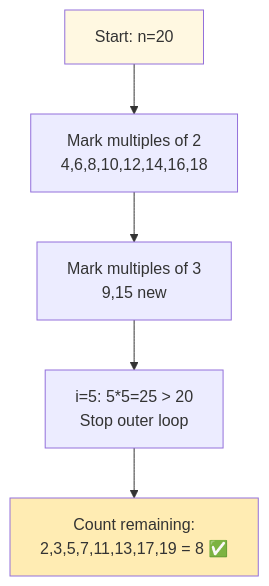
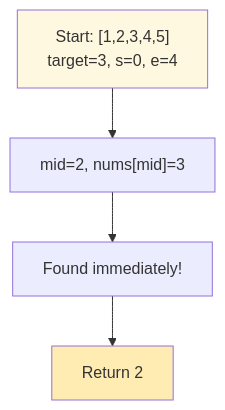
One commit to LuckyLongre123/README_RUNNER changed the fifth of 13 diagrams in README.md. Above: the diagram before and after it, drawn with Mermaid. The commit also changed other lines of this file, not shown here.

````diff
--- a/README.md
+++ b/README.md
@@ -136,10 +138,9 @@
 ```mermaid
 flowchart TD
-    A[Start: n=20] --> B[Mark multiples of 2<br/>4,6,8,10,12,14,16,18]
-    B --> C[Mark multiples of 3<br/>9,15 new]
-    C --> D[i=5: 5*5=25 > 20<br/>Stop outer loop]
-    D --> E[Count remaining:<br/>2,3,5,7,11,13,17,19 = 8 ✅]
+    A["Start: [1,2,3,4,5]<br/>target=3, s=0, e=4"] --> B["mid=2, nums[mid]=3"]
+    B --> C["Found immediately!"]
+    C --> D["Return 2"]
     
     style A fill:#fff8e1
-    style E fill:#ffecb3
+    style D fill:#ffecb3
 ```
````
